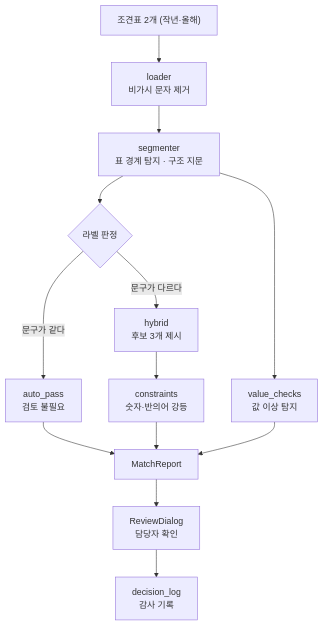
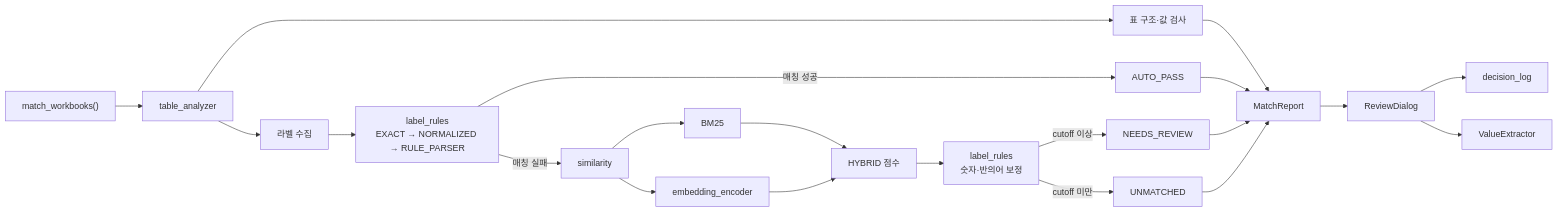
Before and after one commit to sjxp05/ssis-verification-app: the diagram in app/jogyeon_matcher/README.md, drawn with Mermaid. The commit also changed other lines of this file, not shown here.

````diff
--- a/app/jogyeon_matcher/README.md
+++ b/app/jogyeon_matcher/README.md
@@ -36,15 +34,28 @@
 ```mermaid
-flowchart TD
-    A["조견표 2개 (작년·올해)"] --> B["loader<br/>비가시 문자 제거"]
-    B --> C["segmenter<br/>표 경계 탐지 · 구조 지문"]
-    C --> D{"라벨 판정"}
-    D -->|"문구가 같다"| E["auto_pass<br/>검토 불필요"]
-    D -->|"문구가 다르다"| F["hybrid<br/>후보 3개 제시"]
-    F --> G["constraints<br/>숫자·반의어 강등"]
-    C --> H["value_checks<br/>값 이상 탐지"]
-    E --> R["MatchReport"]
-    G --> R
-    H --> R
-    R --> U["ReviewDialog<br/>담당자 확인"]
-    U --> L["decision_log<br/>감사 기록"]
+flowchart LR
+    A["match_workbooks()"] --> B["table_analyzer"]
+    B --> C["표 구조·값 검사"]
+    B --> D["라벨 수집"]
+
+    D --> E["label_rules<br/>EXACT → NORMALIZED → RULE_PARSER"]
+    E -->|"매칭 성공"| F["AUTO_PASS"]
+    E -->|"매칭 실패"| G["similarity"]
+
+    G --> H["BM25"]
+    G --> I["embedding_encoder"]
+    H --> J["HYBRID 점수"]
+    I --> J
+
+    J --> K["label_rules<br/>숫자·반의어 보정"]
+    K -->|"cutoff 이상"| L["NEEDS_REVIEW"]
+    K -->|"cutoff 미만"| M["UNMATCHED"]
+
+    C --> N["MatchReport"]
+    F --> N
+    L --> N
+    M --> N
+
+    N --> O["ReviewDialog"]
+    O --> P["decision_log"]
+    O --> Q["ValueExtractor"]
 ```
````
